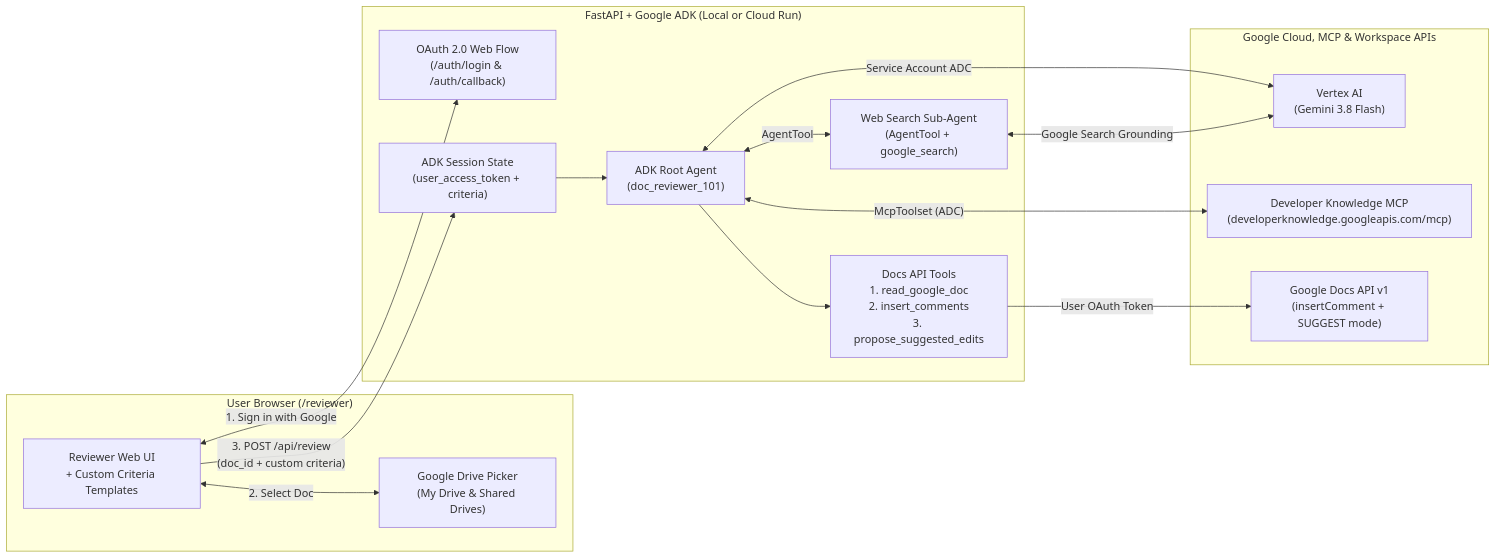
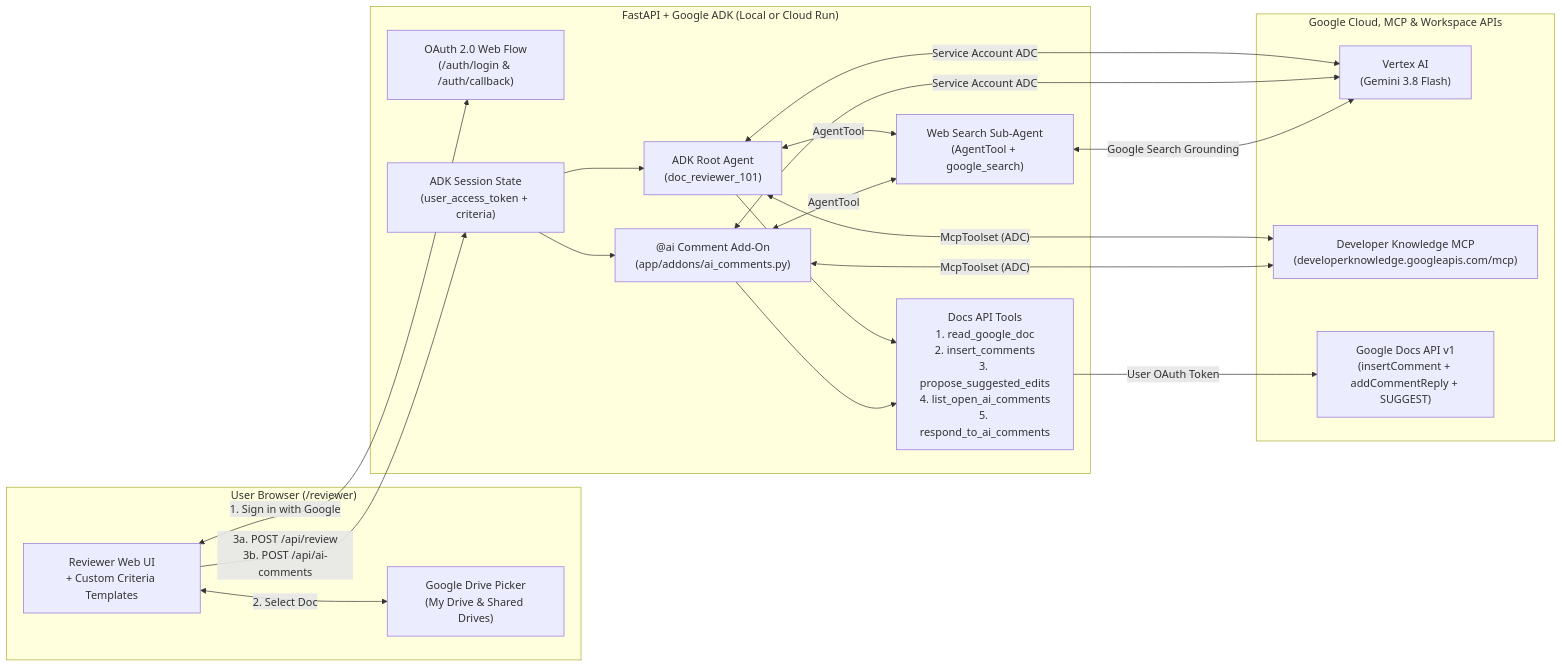
The diagram in README.md (rominirani/doc-reviewer-101), drawn with Mermaid before and after one commit. The commit also changed other lines of this file and 3 other files, not shown here.

Commit message:
feat(part3): add modular @ai Comment Assistant (app/addons/ai_comments.py) and UI mode

````diff
--- a/README.md
+++ b/README.md
@@ -20,32 +21,38 @@
 ```mermaid
 flowchart LR
     subgraph Browser["User Browser (/reviewer)"]
         UI["Reviewer Web UI\n+ Custom Criteria Templates"]
         Picker["Google Drive Picker\n(My Drive & Shared Drives)"]
     end
 
     subgraph CloudRun["FastAPI + Google ADK (Local or Cloud Run)"]
         Auth["OAuth 2.0 Web Flow\n(/auth/login & /auth/callback)"]
         State["ADK Session State\n(user_access_token + criteria)"]
         Agent["ADK Root Agent\n(doc_reviewer_101)"]
+        CommentAgent["@ai Comment Add-On\n(app/addons/ai_comments.py)"]
         SearchAgent["Web Search Sub-Agent\n(AgentTool + google_search)"]
-        Tools["Docs API Tools\n1. read_google_doc\n2. insert_comments\n3. propose_suggested_edits"]
+        Tools["Docs API Tools\n1. read_google_doc\n2. insert_comments\n3. propose_suggested_edits\n4. list_open_ai_comments\n5. respond_to_ai_comments"]
     end
 
     subgraph GCP["Google Cloud, MCP & Workspace APIs"]
         Vertex["Vertex AI\n(Gemini 3.8 Flash)"]
         DevKnow["Developer Knowledge MCP\n(developerknowledge.googleapis.com/mcp)"]
-        DocsAPI["Google Docs API v1\n(insertComment + SUGGEST mode)"]
+        DocsAPI["Google Docs API v1\n(insertComment + addCommentReply + SUGGEST)"]
     end
 
     UI <-->|"1. Sign in with Google"| Auth
     UI <-->|"2. Select Doc"| Picker
-    UI -->|"3. POST /api/review\n(doc_id + custom criteria)"| State
+    UI -->|"3a. POST /api/review\n3b. POST /api/ai-comments"| State
     State --> Agent
+    State --> CommentAgent
     Agent <-->|"Service Account ADC"| Vertex
+    CommentAgent <-->|"Service Account ADC"| Vertex
     Agent <-->|"McpToolset (ADC)"| DevKnow
+    CommentAgent <-->|"McpToolset (ADC)"| DevKnow
     Agent <-->|"AgentTool"| SearchAgent
+    CommentAgent <-->|"AgentTool"| SearchAgent
     SearchAgent <-->|"Google Search Grounding"| Vertex
     Agent --> Tools
+    CommentAgent --> Tools
     Tools -->|"User OAuth Token"| DocsAPI
 ```
````
